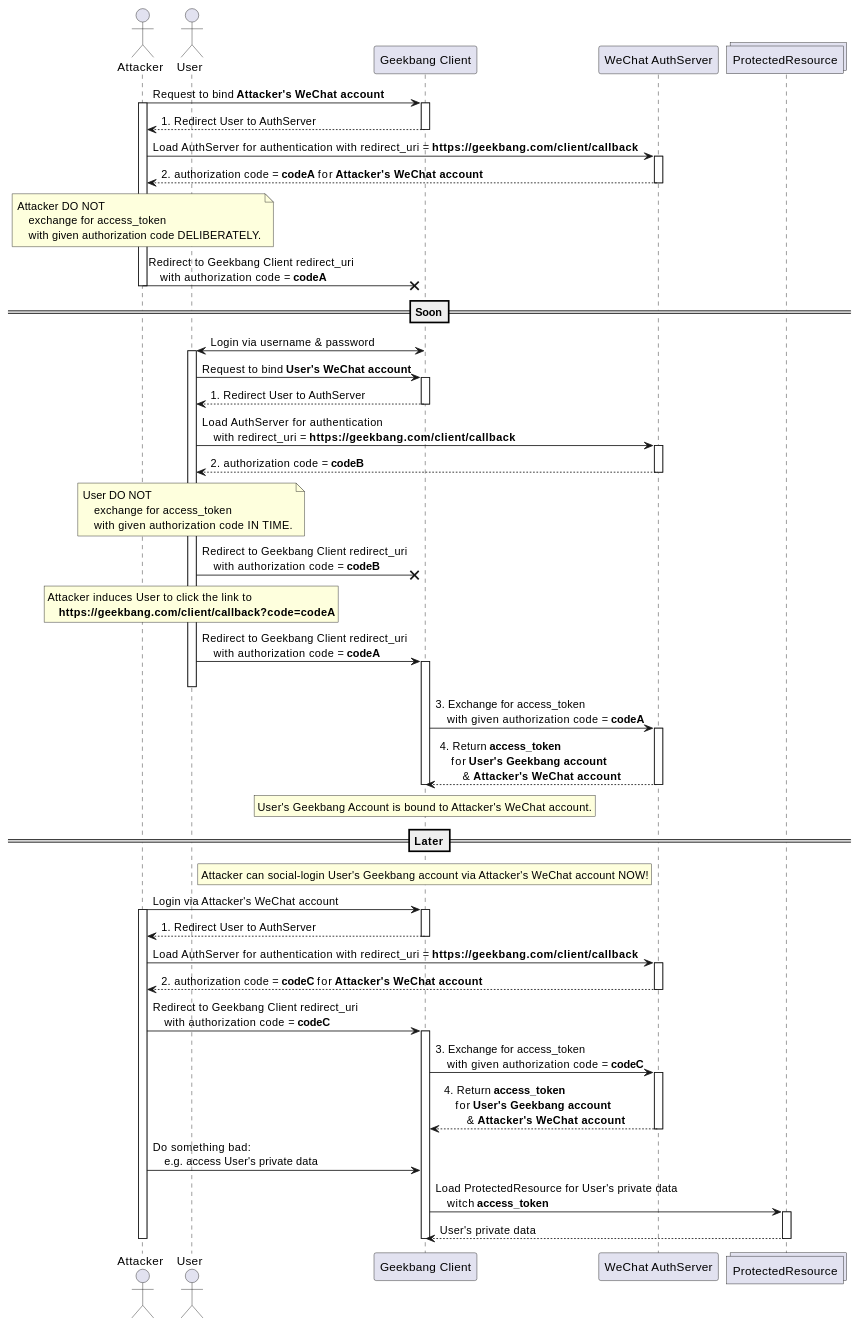
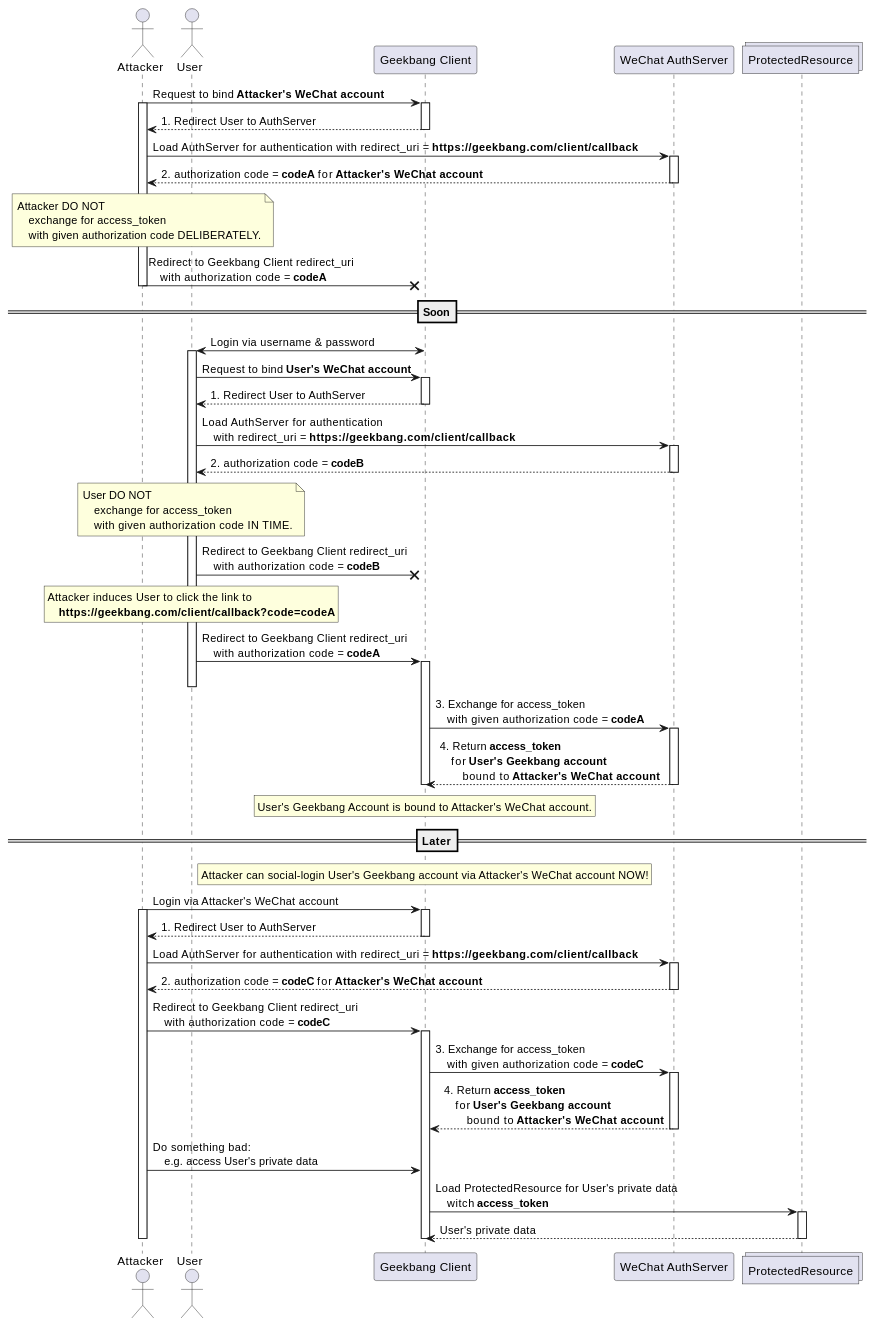
One commit to IceHe/lib changed the first of 2 diagrams in auth/csrf-attack-on-oauth.md. Above: the diagram before and after it, drawn with PlantUML.

Commit message:
2021-11-04 21:03:58 Thu

```diff
--- a/auth/csrf-attack-on-oauth.md
+++ b/auth/csrf-attack-on-oauth.md
@@ -67,7 +67,7 @@
 
 geekbang_client -> auth_server: 3. Exchange for access_token \n    with given authorization code = **codeA**
 activate auth_server
-geekbang_client <-- auth_server: 4. Return **access_token** \n    for **User's Geekbang account** \n        & **Attacker's WeChat account**
+geekbang_client <-- auth_server: 4. Return **access_token** \n    for **User's Geekbang account** \n        bound to **Attacker's WeChat account**
 deactivate auth_server
 deactivate geekbang_client
 
@@ -97,7 +97,7 @@
 
 geekbang_client -> auth_server: 3. Exchange for access_token \n    with given authorization code = **codeC**
 activate auth_server
-geekbang_client <-- auth_server: 4. Return **access_token** \n    for **User's Geekbang account** \n        & **Attacker's WeChat account**
+geekbang_client <-- auth_server: 4. Return **access_token** \n    for **User's Geekbang account** \n        bound to **Attacker's WeChat account**
 deactivate auth_server
 
 attacker -> geekbang_client: Do something bad: \n    e.g. access User's private data
```
